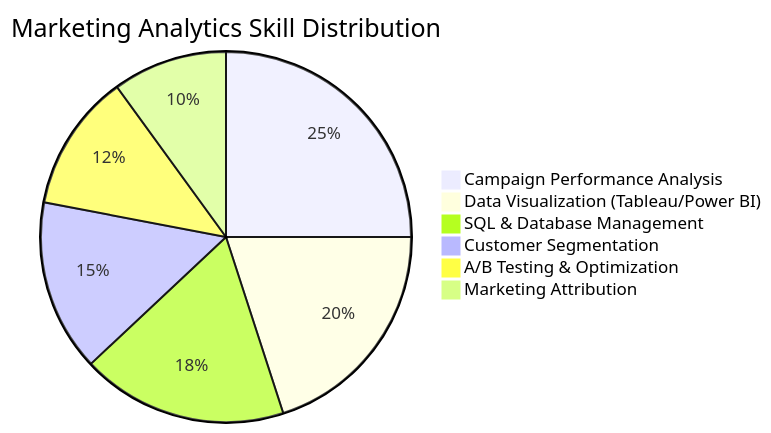
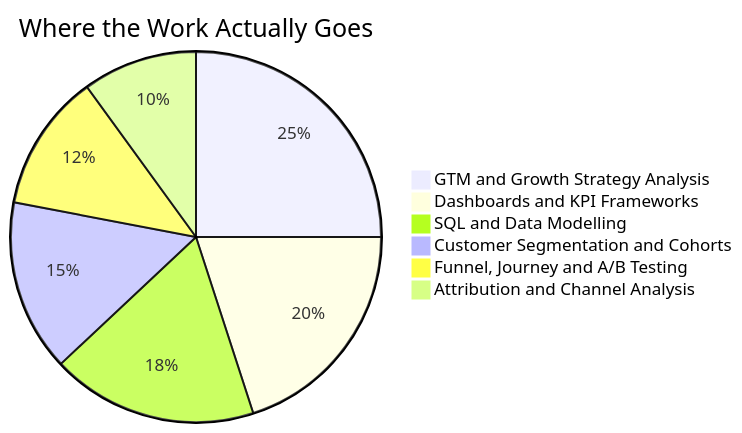
Before and after one commit to aryan131199/aryan131199: the fifth of 5 diagrams in README.md, drawn with Mermaid. The commit also changed other lines of this file, not shown here.

````diff
--- a/README.md
+++ b/README.md
@@ -239,9 +241,9 @@
 ```mermaid
-pie title Marketing Analytics Skill Distribution
-    "Campaign Performance Analysis" : 25
-    "Data Visualization (Tableau/Power BI)" : 20
-    "SQL & Database Management" : 18
-    "Customer Segmentation" : 15
-    "A/B Testing & Optimization" : 12
-    "Marketing Attribution" : 10
+pie title Where the Work Actually Goes
+    "GTM and Growth Strategy Analysis" : 25
+    "Dashboards and KPI Frameworks" : 20
+    "SQL and Data Modelling" : 18
+    "Customer Segmentation and Cohorts" : 15
+    "Funnel, Journey and A/B Testing" : 12
+    "Attribution and Channel Analysis" : 10
 ```
````
